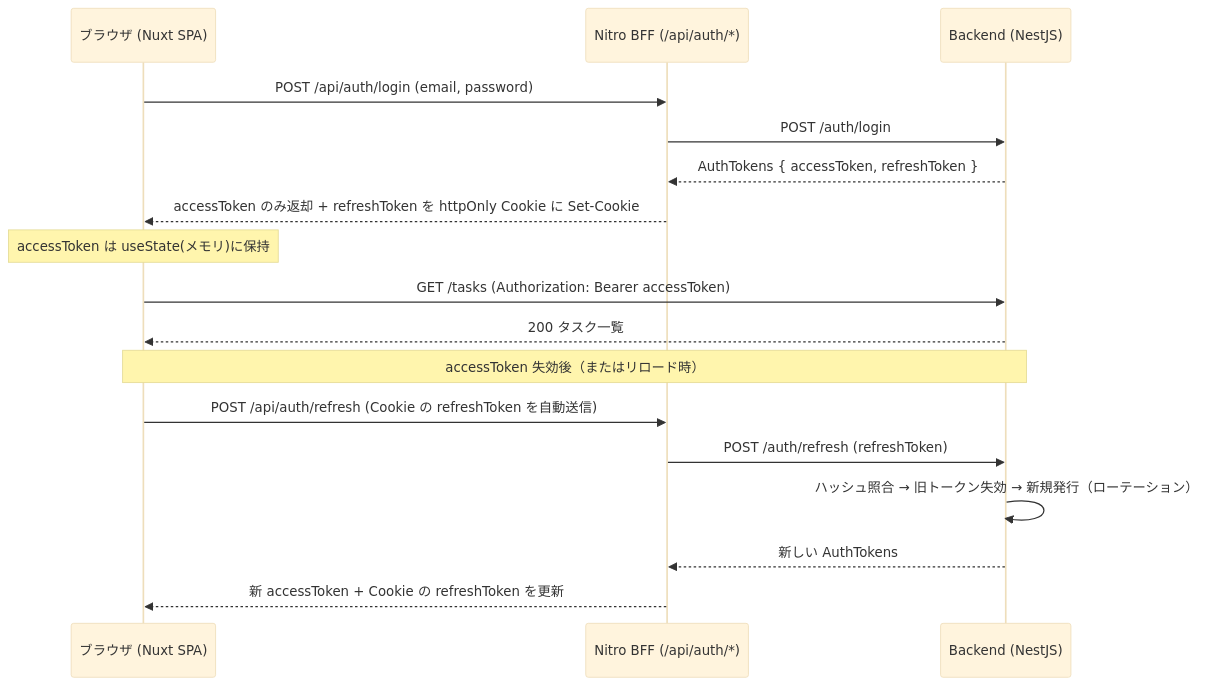
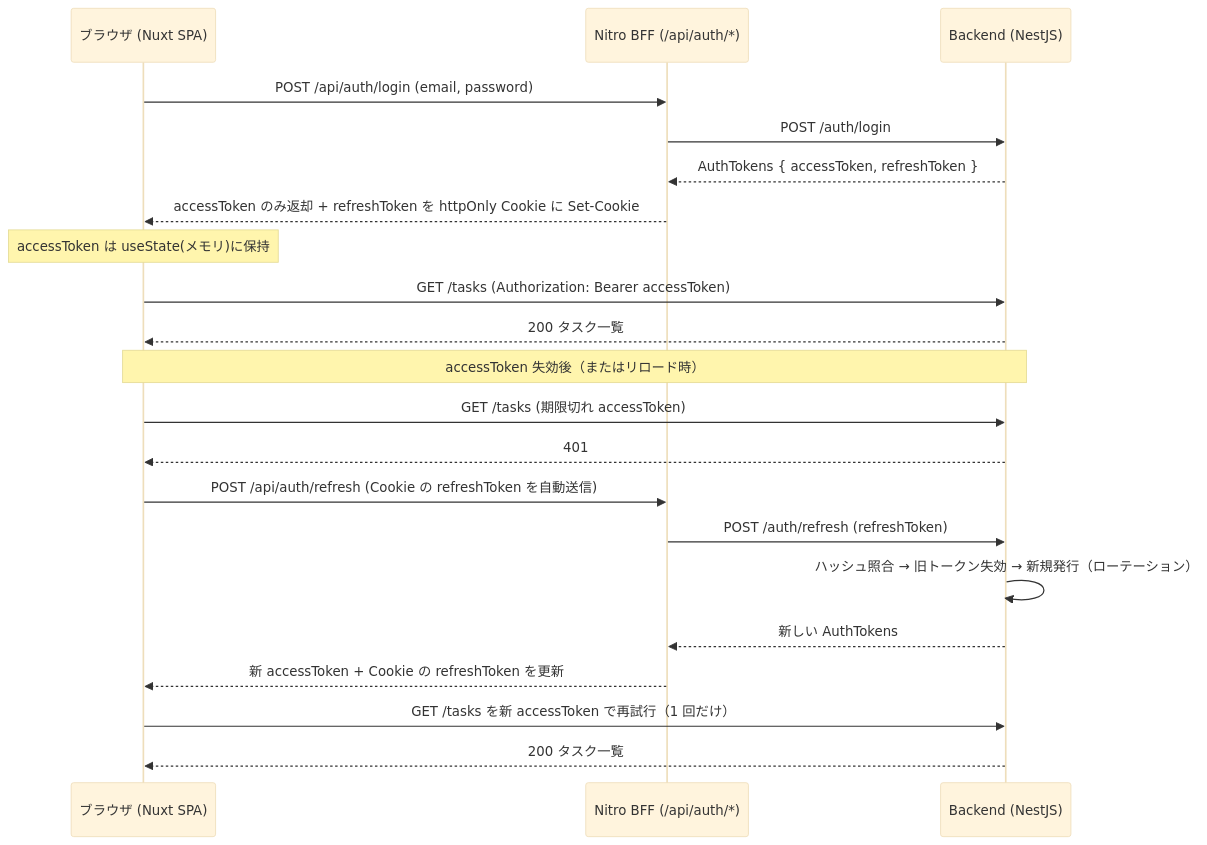
One commit to kojikawazu/nuxtjs-nestjs-arch-practice changed the diagram in docs/06-security-specification.md. Above: the diagram before and after it, drawn with Mermaid (base theme). The commit also changed other lines of this file and 15 other files, not shown here.

````diff
--- a/docs/06-security-specification.md
+++ b/docs/06-security-specification.md
@@ -51,22 +56,26 @@
 ```mermaid
 sequenceDiagram
   participant B as ブラウザ (Nuxt SPA)
   participant F as Nitro BFF (/api/auth/*)
   participant A as Backend (NestJS)
 
   B->>F: POST /api/auth/login (email, password)
   F->>A: POST /auth/login
   A-->>F: AuthTokens { accessToken, refreshToken }
   F-->>B: accessToken のみ返却 + refreshToken を httpOnly Cookie に Set-Cookie
   Note over B: accessToken は useState(メモリ)に保持
 
   B->>A: GET /tasks (Authorization: Bearer accessToken)
   A-->>B: 200 タスク一覧
 
   Note over B,A: accessToken 失効後（またはリロード時）
+  B->>A: GET /tasks (期限切れ accessToken)
+  A-->>B: 401
   B->>F: POST /api/auth/refresh (Cookie の refreshToken を自動送信)
   F->>A: POST /auth/refresh (refreshToken)
   A->>A: ハッシュ照合 → 旧トークン失効 → 新規発行（ローテーション）
   A-->>F: 新しい AuthTokens
   F-->>B: 新 accessToken + Cookie の refreshToken を更新
+  B->>A: GET /tasks を新 accessToken で再試行（1 回だけ）
+  A-->>B: 200 タスク一覧
 ```
````
